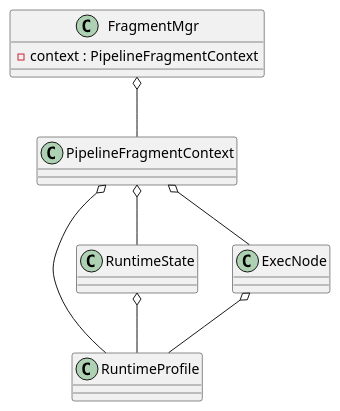
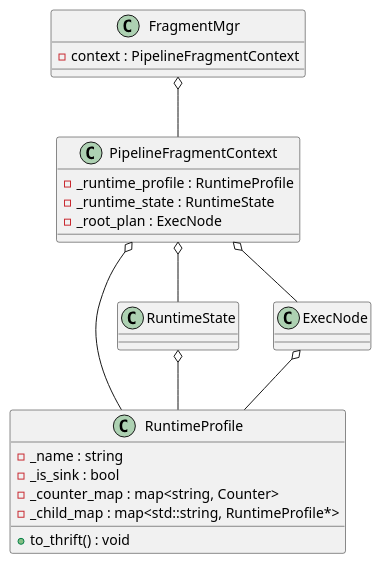
One commit to zhiqiang-hhhh/zhiqiang-hhhh.github.io changed the second of 2 diagrams in pre_post/Doris/profile.md. Above: the diagram before and after it, drawn with PlantUML. The commit also changed other lines of this file and 1 other file, not shown here.

````diff
--- a/pre_post/Doris/profile.md
+++ b/pre_post/Doris/profile.md
@@ -106,14 +50,29 @@
 ```plantuml
 class FragmentMgr
 {
     - context : PipelineFragmentContext
 }
 
 FragmentMgr o-- PipelineFragmentContext
 PipelineFragmentContext o-- RuntimeProfile
 PipelineFragmentContext o-- RuntimeState
 
 RuntimeState o-- RuntimeProfile
 PipelineFragmentContext o-- ExecNode
 ExecNode o-- RuntimeProfile
+
+class PipelineFragmentContext {
+    - _runtime_profile : RuntimeProfile
+    - _runtime_state : RuntimeState
+    - _root_plan : ExecNode
+}
+
+class RuntimeProfile {
+    - _name : string
+    - _is_sink : bool
+    - _counter_map : map<string, Counter>
+    - _child_map : map<std::string, RuntimeProfile*>
+    + to_thrift() : void
+}
+
 ```
````
